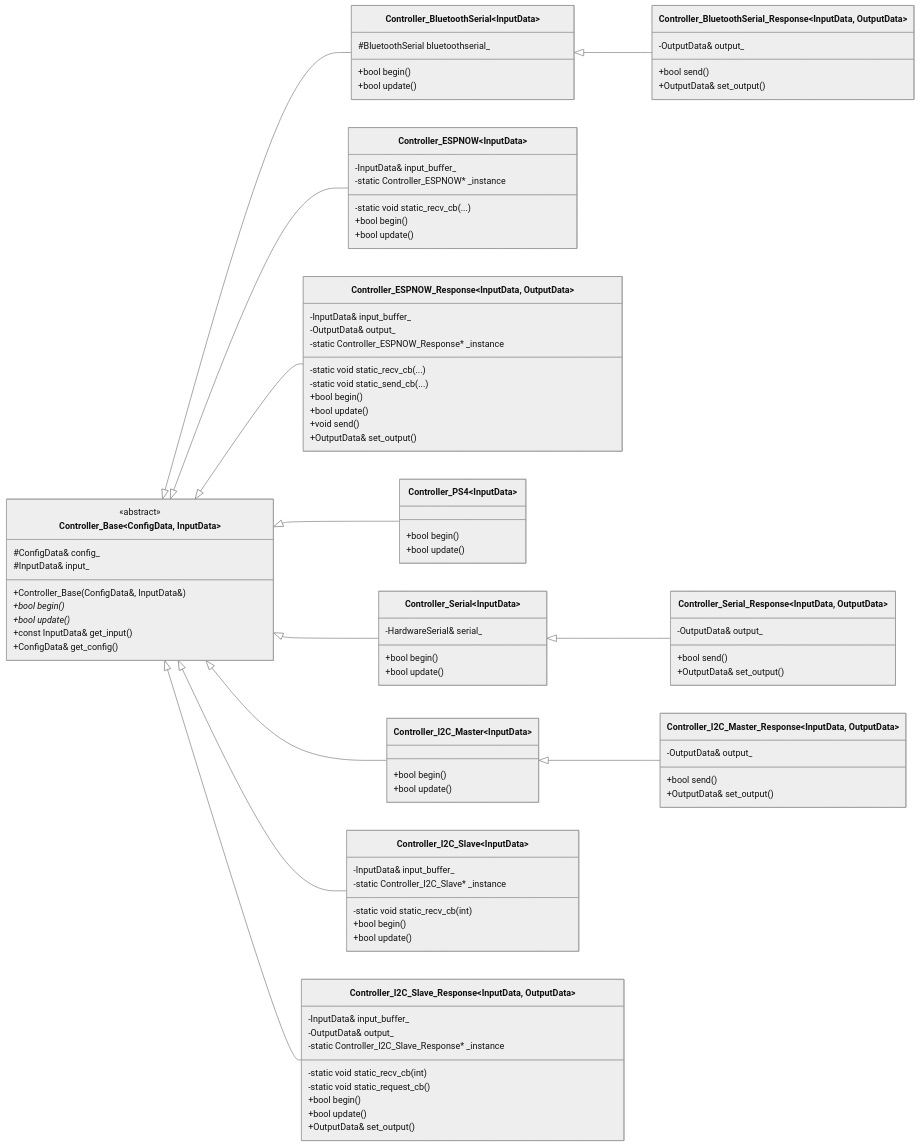
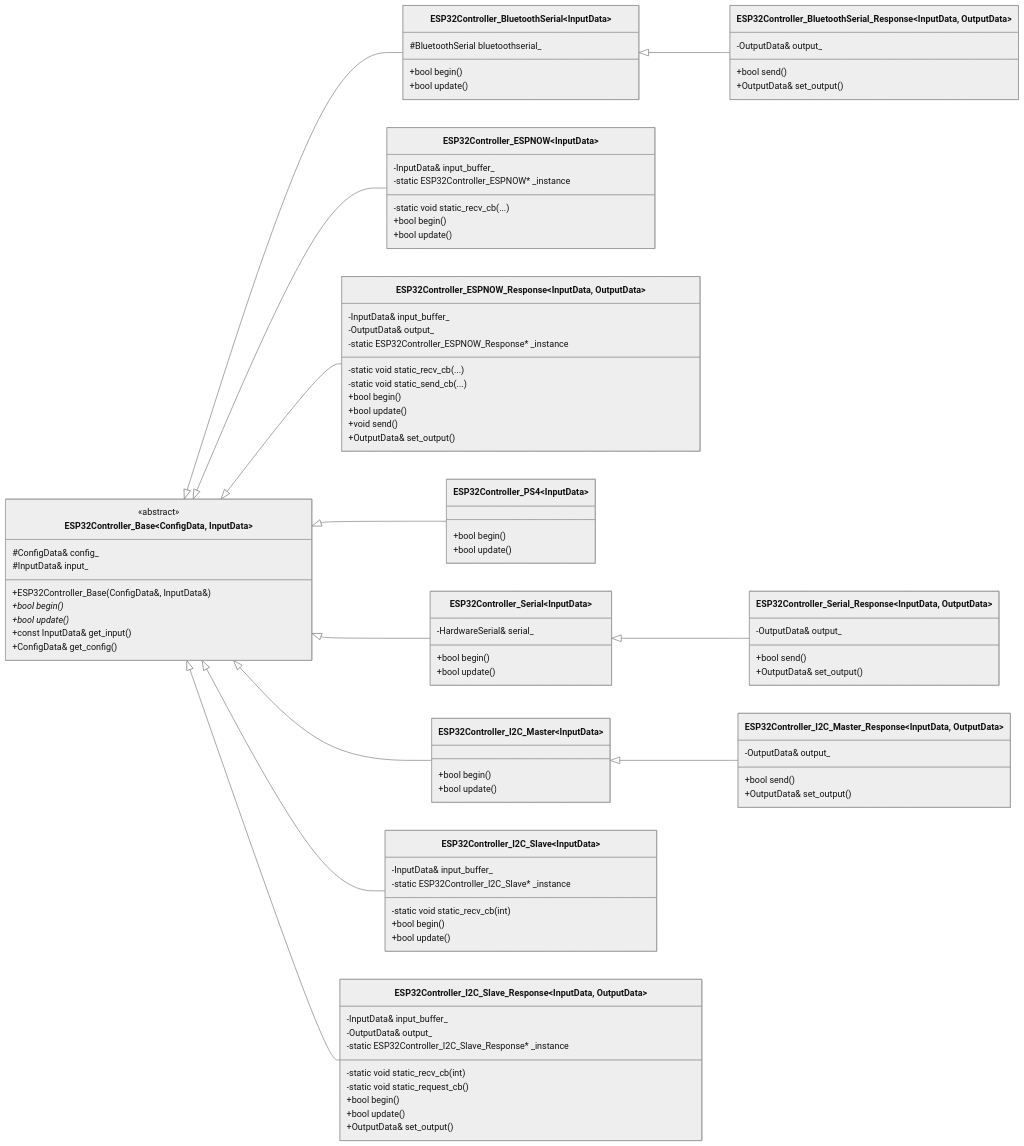
Before and after one commit to Tomoooji/esp32-controller: the second of 2 diagrams in README.md, drawn with Mermaid (neutral theme). The commit also changed other lines of this file and 9 other files, not shown here.

````diff
--- a/README.md
+++ b/README.md
@@ -194,41 +195,41 @@
 ```mermaid
 classDiagram
 direction LR
-    class Controller_Base~ConfigData, InputData~ {
+    class ESP32Controller_Base~ConfigData, InputData~ {
         <<abstract>>
         #ConfigData& config_
         #InputData& input_
-        +Controller_Base(ConfigData&, InputData&)
+        +ESP32Controller_Base(ConfigData&, InputData&)
         +bool begin()*
         +bool update()*
         +const InputData& get_input()
         +ConfigData& get_config()
     }
 
-    class Controller_BluetoothSerial~InputData~ {
+    class ESP32Controller_BluetoothSerial~InputData~ {
         #BluetoothSerial bluetoothserial_
         +bool begin()
         +bool update()
     }
 
-    class Controller_BluetoothSerial_Response~InputData, OutputData~ {
+    class ESP32Controller_BluetoothSerial_Response~InputData, OutputData~ {
         -OutputData& output_
         +bool send()
         +OutputData& set_output()
     }
 
-    class Controller_ESPNOW~InputData~ {
+    class ESP32Controller_ESPNOW~InputData~ {
         -InputData& input_buffer_
-        -static Controller_ESPNOW* _instance
+        -static ESP32Controller_ESPNOW* _instance
         -static void static_recv_cb(...)
         +bool begin()
         +bool update()
     }
 
-    class Controller_ESPNOW_Response~InputData, OutputData~ {
+    class ESP32Controller_ESPNOW_Response~InputData, OutputData~ {
         -InputData& input_buffer_
         -OutputData& output_
-        -static Controller_ESPNOW_Response* _instance
+        -static ESP32Controller_ESPNOW_Response* _instance
         -static void static_recv_cb(...)
         -static void static_send_cb(...)
         +bool begin()
@@ -237,46 +238,46 @@
         +OutputData& set_output()
     }
 
-    class Controller_PS4~InputData~ {
+    class ESP32Controller_PS4~InputData~ {
         +bool begin()
         +bool update()
     }
 
-    class Controller_Serial~InputData~ {
+    class ESP32Controller_Serial~InputData~ {
         -HardwareSerial& serial_
         +bool begin()
         +bool update()
     }
 
-    class Controller_Serial_Response~InputData, OutputData~ {
+    class ESP32Controller_Serial_Response~InputData, OutputData~ {
         -OutputData& output_
         +bool send()
         +OutputData& set_output()
     }
 
-    class Controller_I2C_Master~InputData~ {
+    class ESP32Controller_I2C_Master~InputData~ {
         +bool begin()
         +bool update()
     }
 
-    class Controller_I2C_Master_Response~InputData, OutputData~ {
+    class ESP32Controller_I2C_Master_Response~InputData, OutputData~ {
         -OutputData& output_
         +bool send()
         +OutputData& set_output()
     }
 
-    class Controller_I2C_Slave~InputData~ {
+    class ESP32Controller_I2C_Slave~InputData~ {
         -InputData& input_buffer_
-        -static Controller_I2C_Slave* _instance
+        -static ESP32Controller_I2C_Slave* _instance
         -static void static_recv_cb(int)
         +bool begin()
         +bool update()
     }
 
-    class Controller_I2C_Slave_Response~InputData, OutputData~ {
+    class ESP32Controller_I2C_Slave_Response~InputData, OutputData~ {
         -InputData& input_buffer_
         -OutputData& output_
-        -static Controller_I2C_Slave_Response* _instance
+        -static ESP32Controller_I2C_Slave_Response* _instance
         -static void static_recv_cb(int)
         -static void static_request_cb()
         +bool begin()
@@ -284,20 +285,20 @@
         +OutputData& set_output()
     }
 
-    Controller_Base <|-- Controller_BluetoothSerial
-    Controller_BluetoothSerial <|-- Controller_BluetoothSerial_Response
+    ESP32Controller_Base <|-- ESP32Controller_BluetoothSerial
+    ESP32Controller_BluetoothSerial <|-- ESP32Controller_BluetoothSerial_Response
 
-    Controller_Base <|-- Controller_ESPNOW
-    Controller_Base <|-- Controller_ESPNOW_Response
+    ESP32Controller_Base <|-- ESP32Controller_ESPNOW
+    ESP32Controller_Base <|-- ESP32Controller_ESPNOW_Response
 
-    Controller_Base <|-- Controller_PS4
+    ESP32Controller_Base <|-- ESP32Controller_PS4
 
-    Controller_Base <|-- Controller_Serial
-    Controller_Serial <|-- Controller_Serial_Response
+    ESP32Controller_Base <|-- ESP32Controller_Serial
+    ESP32Controller_Serial <|-- ESP32Controller_Serial_Response
 
-    Controller_Base <|-- Controller_I2C_Master
-    Controller_I2C_Master <|-- Controller_I2C_Master_Response
+    ESP32Controller_Base <|-- ESP32Controller_I2C_Master
+    ESP32Controller_I2C_Master <|-- ESP32Controller_I2C_Master_Response
 
-    Controller_Base <|-- Controller_I2C_Slave
-    Controller_Base <|-- Controller_I2C_Slave_Response
+    ESP32Controller_Base <|-- ESP32Controller_I2C_Slave
+    ESP32Controller_Base <|-- ESP32Controller_I2C_Slave_Response
 ```
````
